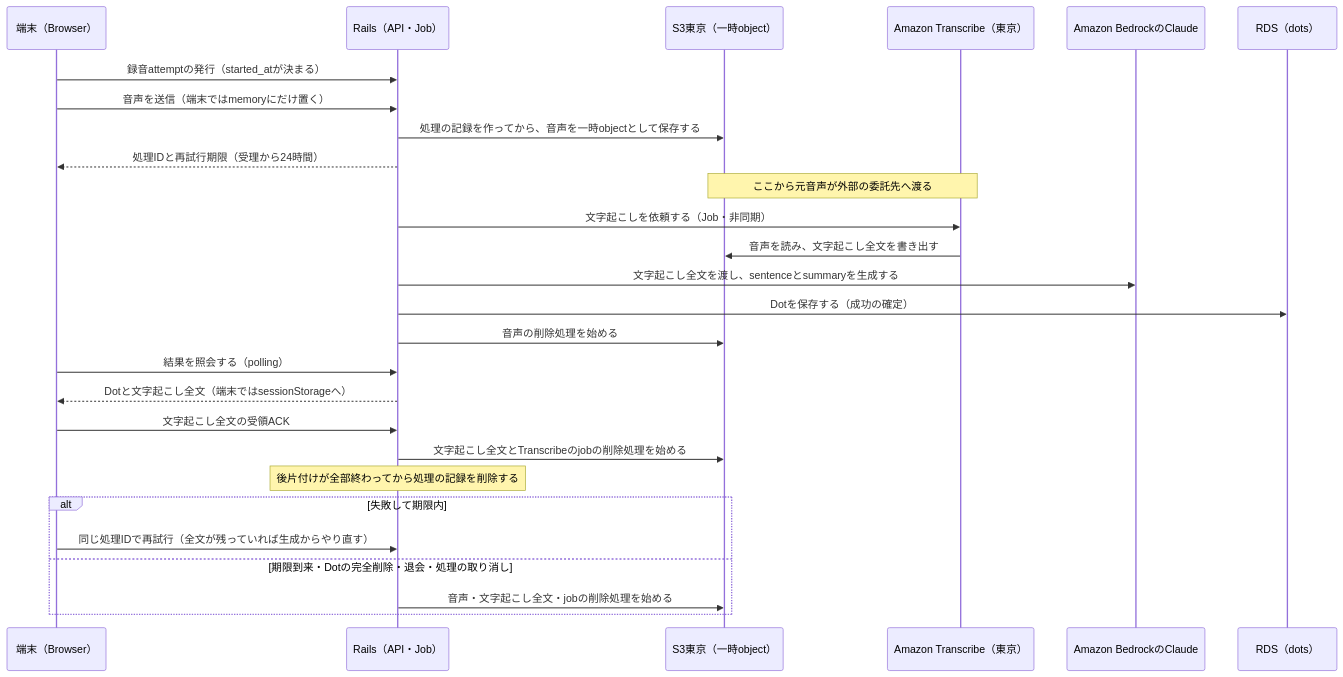
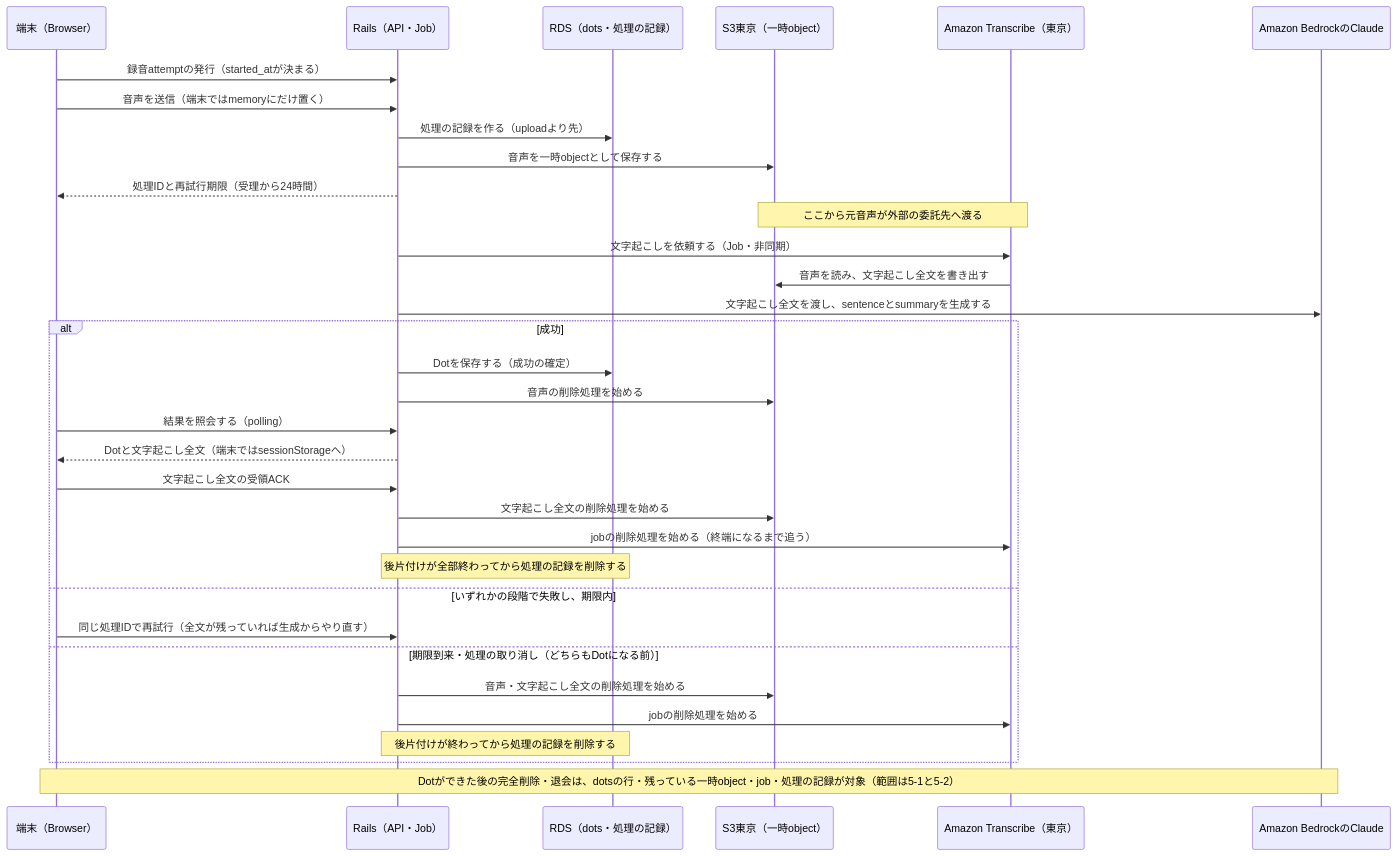
The diagram in docs/privacy.md (FujieMasaki/fod-app), drawn with Mermaid before and after one commit. The commit also changed 1 other file, not shown here.

Commit message:
docs: 図の分岐を時間の順に読めるよう組み直す - privacy.mdのシーケンス図で、成功・失敗して期限内・期限到来と取り消しの分岐を生成の直後に置き、成功の後片付けの後に再試行や取り消しが起きるように読めないようにした（サブエージェントの指摘） - 処理の記録はRDSに作ってからuploadする順序を矢印で分け、Transcribeのjobの削除をTranscribe宛ての矢印にした - Dotができた後の完全削除・退会の対象範囲を注記し、5-1と5-2を参照させた - dot-history.mdの0件の矢印に「0件を示し、一覧を取り直す」を添え、図の下で箇条を書き写していた2文を参照に置き換えた
Claude-Session: https://claude.ai/code/session_01KTEi7nzin7t41k1wbo4Bbr

````diff
--- a/docs/privacy.md
+++ b/docs/privacy.md
@@ -164,29 +164,35 @@
 ```mermaid
 sequenceDiagram
     participant B as 端末（Browser）
     participant R as Rails（API・Job）
+    participant DB as RDS（dots・処理の記録）
     participant S3 as S3東京（一時object）
     participant T as Amazon Transcribe（東京）
     participant AI as Amazon BedrockのClaude
-    participant DB as RDS（dots）
     B->>R: 録音attemptの発行（started_atが決まる）
     B->>R: 音声を送信（端末ではmemoryにだけ置く）
-    R->>S3: 処理の記録を作ってから、音声を一時objectとして保存する
+    R->>DB: 処理の記録を作る（uploadより先）
+    R->>S3: 音声を一時objectとして保存する
     R-->>B: 処理IDと再試行期限（受理から24時間）
     Note over S3,T: ここから元音声が外部の委託先へ渡る
     R->>T: 文字起こしを依頼する（Job・非同期）
     T->>S3: 音声を読み、文字起こし全文を書き出す
     R->>AI: 文字起こし全文を渡し、sentenceとsummaryを生成する
-    R->>DB: Dotを保存する（成功の確定）
-    R->>S3: 音声の削除処理を始める
-    B->>R: 結果を照会する（polling）
-    R-->>B: Dotと文字起こし全文（端末ではsessionStorageへ）
-    B->>R: 文字起こし全文の受領ACK
-    R->>S3: 文字起こし全文とTranscribeのjobの削除処理を始める
-    Note over R: 後片付けが全部終わってから処理の記録を削除する
-    alt 失敗して期限内
+    alt 成功
+        R->>DB: Dotを保存する（成功の確定）
+        R->>S3: 音声の削除処理を始める
+        B->>R: 結果を照会する（polling）
+        R-->>B: Dotと文字起こし全文（端末ではsessionStorageへ）
+        B->>R: 文字起こし全文の受領ACK
+        R->>S3: 文字起こし全文の削除処理を始める
+        R->>T: jobの削除処理を始める（終端になるまで追う）
+        Note over R,DB: 後片付けが全部終わってから処理の記録を削除する
+    else いずれかの段階で失敗し、期限内
         B->>R: 同じ処理IDで再試行（全文が残っていれば生成からやり直す）
-    else 期限到来・Dotの完全削除・退会・処理の取り消し
-        R->>S3: 音声・文字起こし全文・jobの削除処理を始める
+    else 期限到来・処理の取り消し（どちらもDotになる前）
+        R->>S3: 音声・文字起こし全文の削除処理を始める
+        R->>T: jobの削除処理を始める
+        Note over R,DB: 後片付けが終わってから処理の記録を削除する
     end
+    Note over B,AI: Dotができた後の完全削除・退会は、dotsの行・残っている一時object・job・処理の記録が対象（範囲は5-1と5-2）
 ```
````
